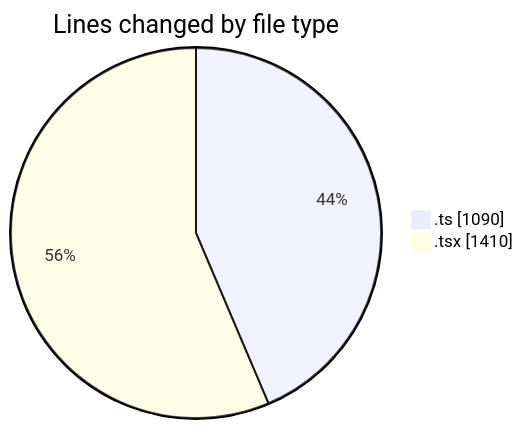
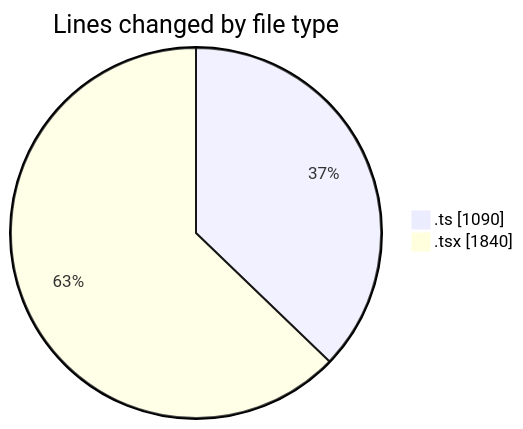
One commit to momahboobian/code-tracking changed the first of 2 diagrams in 2025-09-02/cda/README.md. Above: the diagram before and after it, drawn with Mermaid. The commit also changed other lines of this file and 1 other file, not shown here.

````diff
--- a/2025-09-02/cda/README.md
+++ b/2025-09-02/cda/README.md
@@ -28,6 +28,6 @@
 ```mermaid
 pie showData
 title Lines changed by file type
 ".ts" : 1090
-".tsx" : 1410
+".tsx" : 1840
 ```
````
